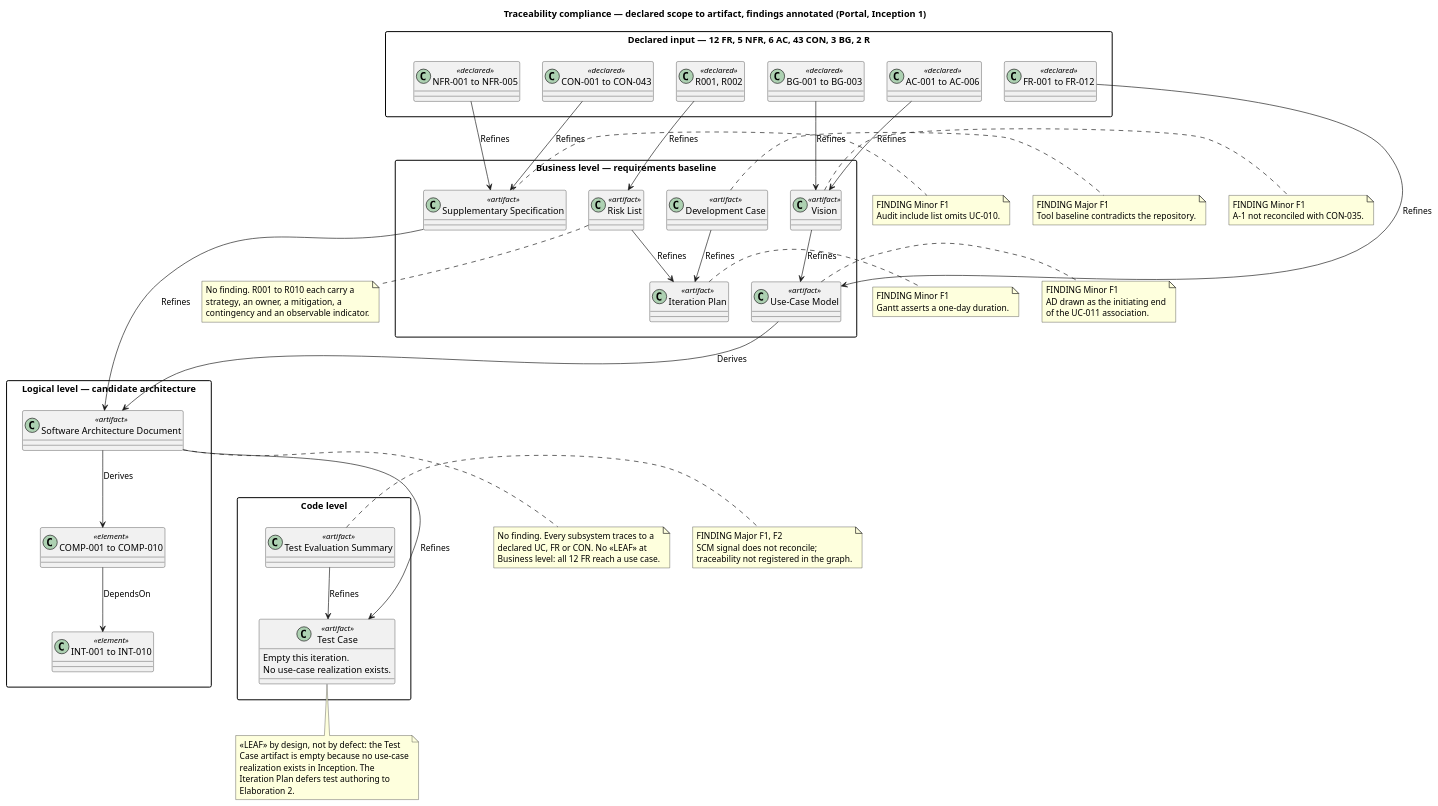
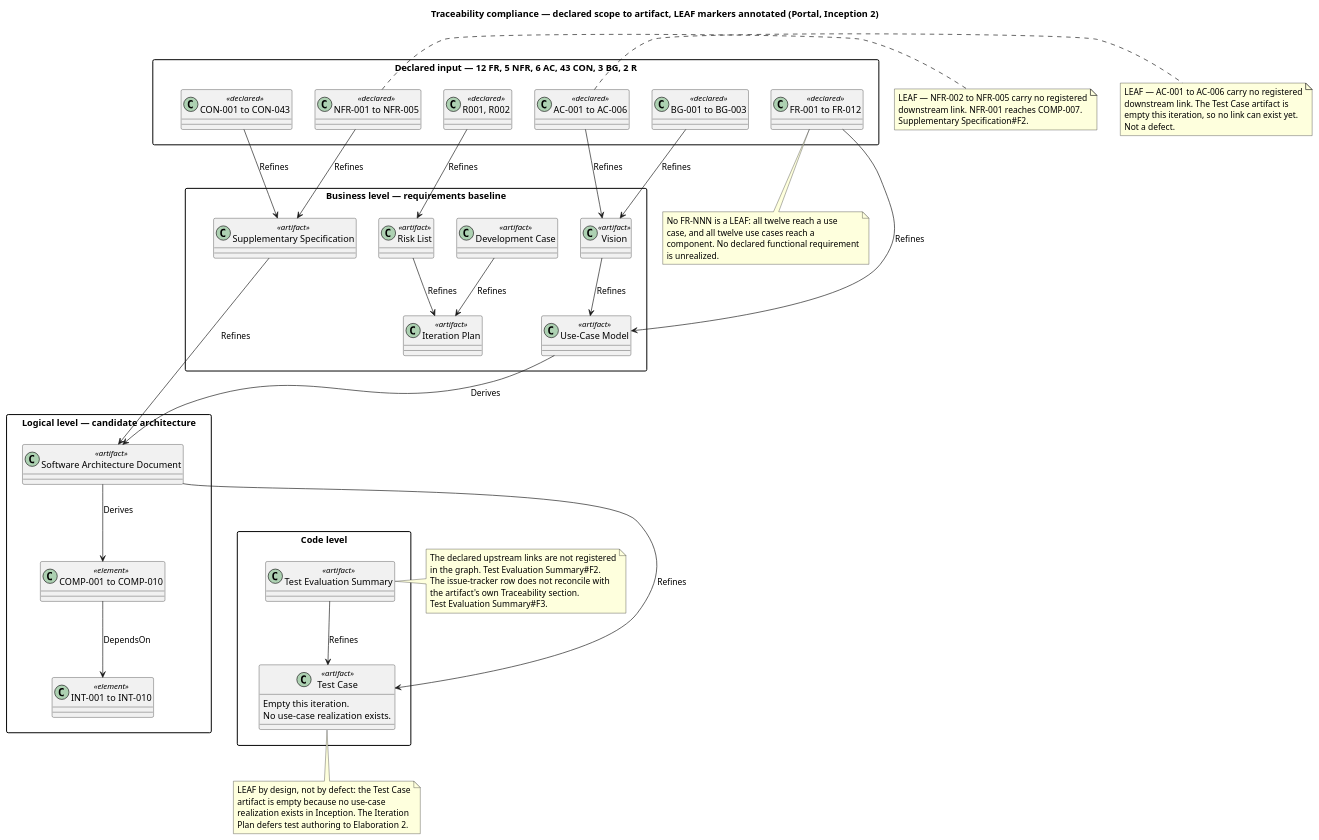
One commit to banense-test/portal changed the eighth of 17 diagrams in docs/artifacts/project-management/review-record.md. Above: the diagram before and after it, drawn with PlantUML. The commit also changed other lines of this file, not shown here.

````diff
--- a/docs/artifacts/project-management/review-record.md
+++ b/docs/artifacts/project-management/review-record.md
@@ -919,6 +913,6 @@
 ```plantuml
 @startuml
-title Traceability compliance — declared scope to artifact, findings annotated (Portal, Inception 1)
+title Traceability compliance — declared scope to artifact, LEAF markers annotated (Portal, Inception 2)
 
 skinparam classAttributeIconSize 0
 skinparam packageStyle rectangle
@@ -973,56 +967,39 @@
 SAD --> TC : Refines
 TES --> TC : Refines
 
-note right of UCM
-  FINDING Minor F1
-  AD drawn as the initiating end
-  of the UC-011 association.
+note right of NFR
+  LEAF — NFR-002 to NFR-005 carry no registered
+  downstream link. NFR-001 reaches COMP-007.
+  Supplementary Specification#F2.
 end note
 
-note right of SS
-  FINDING Minor F1
-  Audit include list omits UC-010.
-end note
-
-note right of VIS
-  FINDING Minor F1
-  A-1 not reconciled with CON-035.
-end note
-
-note right of IP
-  FINDING Minor F1
-  Gantt asserts a one-day duration.
-end note
-
-note right of DC
-  FINDING Major F1
-  Tool baseline contradicts the repository.
+note right of AC
+  LEAF — AC-001 to AC-006 carry no registered
+  downstream link. The Test Case artifact is
+  empty this iteration, so no link can exist yet.
+  Not a defect.
 end note
 
 note right of TES
-  FINDING Major F1, F2
-  SCM signal does not reconcile;
-  traceability not registered in the graph.
+  The declared upstream links are not registered
+  in the graph. Test Evaluation Summary#F2.
+  The issue-tracker row does not reconcile with
+  the artifact's own Traceability section.
+  Test Evaluation Summary#F3.
 end note
 
-note bottom of SAD
-  No finding. Every subsystem traces to a
-  declared UC, FR or CON. No «LEAF» at
-  Business level: all 12 FR reach a use case.
-end note
-
-note bottom of RL
-  No finding. R001 to R010 each carry a
-  strategy, an owner, a mitigation, a
-  contingency and an observable indicator.
+note bottom of FR
+  No FR-NNN is a LEAF: all twelve reach a use
+  case, and all twelve use cases reach a
+  component. No declared functional requirement
+  is unrealized.
 end note
 
 note bottom of TC
-  «LEAF» by design, not by defect: the Test
-  Case artifact is empty because no use-case
-  realization exists in Inception. The
-  Iteration Plan defers test authoring to
-  Elaboration 2.
+  LEAF by design, not by defect: the Test Case
+  artifact is empty because no use-case
+  realization exists in Inception. The Iteration
+  Plan defers test authoring to Elaboration 2.
 end note
 
 DECL -[hidden]- BIZ
````
